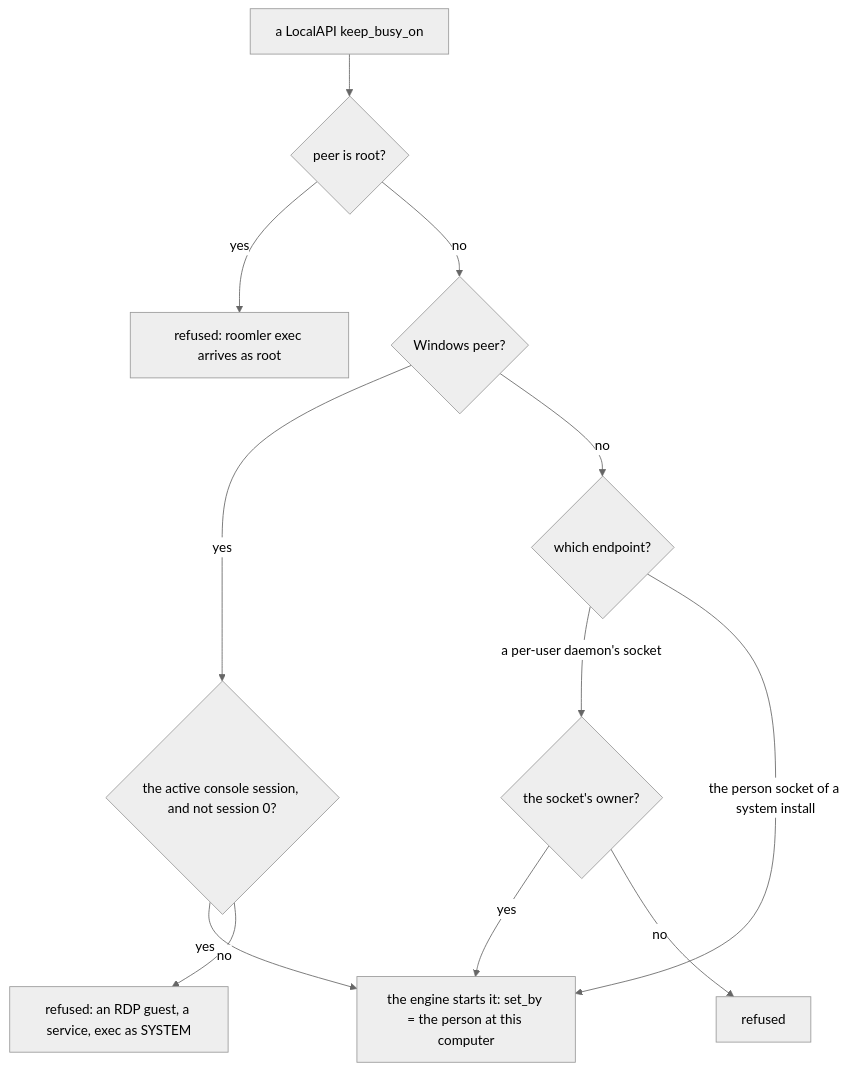
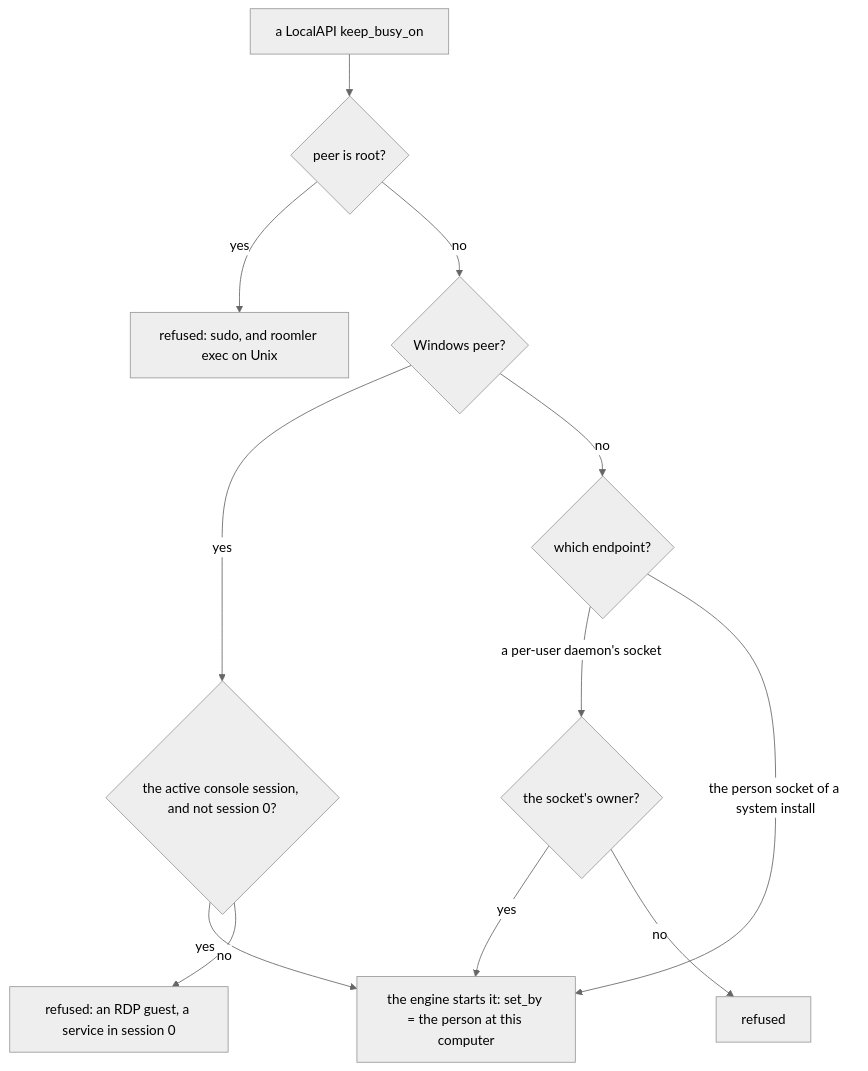
Before and after one commit to gjovanov/roomler-ai: the fifth of 7 diagrams in docs/keep-busy.md, drawn with Mermaid (neutral theme). The commit also changed other lines of this file and 8 other files, not shown here.

````diff
--- a/docs/keep-busy.md
+++ b/docs/keep-busy.md
@@ -399,14 +400,14 @@
 ```mermaid
 flowchart TD
   P[a LocalAPI keep_busy_on] --> R{peer is root?}
-  R -- yes --> X[refused: roomler exec arrives as root]
+  R -- yes --> X[refused: sudo, and roomler exec on Unix]
   R -- no --> W{Windows peer?}
   W -- yes --> S{the active console session, and not session 0?}
   S -- yes --> OK[the engine starts it: set_by = the person at this computer]
-  S -- no --> X2[refused: an RDP guest, a service, exec as SYSTEM]
+  S -- no --> X2[refused: an RDP guest, a service in session 0]
   W -- no --> E{which endpoint?}
   E -- a per-user daemon's socket --> O{the socket's owner?}
   O -- yes --> OK
   O -- no --> X3[refused]
   E -- the person socket of a system install --> OK
 ```
````
